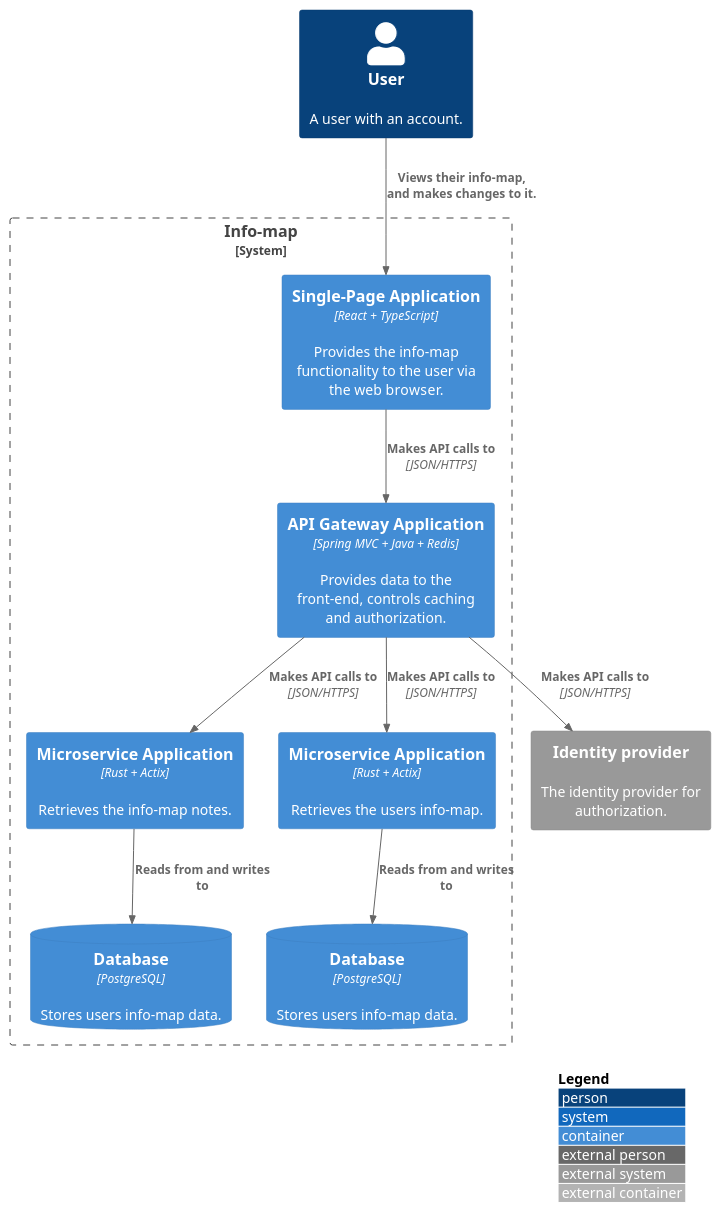
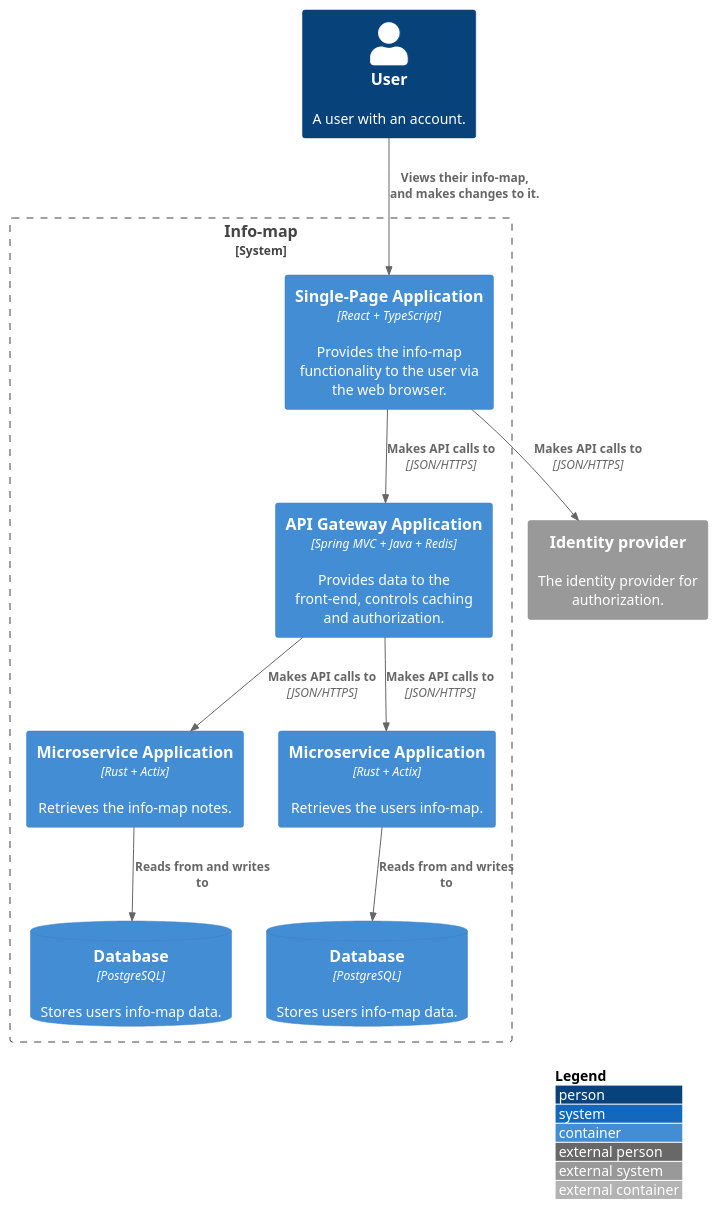
One commit to FHICT-S-Koen/info-map-docs changed the diagram in diagrams/container.puml. Above: the diagram before and after it, drawn with PlantUML.

Commit message:
Change auth relation

```diff
--- a/diagrams/container.puml
+++ b/diagrams/container.puml
@@ -1,28 +1,30 @@
 @startuml C4_Elements
 !include https://raw.githubusercontent.com/plantuml-stdlib/C4-PlantUML/master/C4_Container.puml
 
 LAYOUT_WITH_LEGEND()
 
 Person(user, "User", "A user with an account.")
 
 System_Ext(auth, "Identity provider", "The identity provider for authorization.")
 
 System_Boundary(boundry, "Info-map"){
 	Container(spa, "Single-Page Application", "React + TypeScript", "Provides the info-map functionality to the user via the web browser.")
+
 	Container(api, "API Gateway Application", "Spring MVC + Java + Redis", "Provides data to the front-end, controls caching and authorization.")
+	
 	Container(note_service, "Microservice Application", "Rust + Actix", "Retrieves the info-map notes.")
 	ContainerDb(note_db, "Database", "PostgreSQL", "Stores users info-map data.")
 	Container(map_service, "Microservice Application", "Rust + Actix", "Retrieves the users info-map.")
 	ContainerDb(map_db, "Database", "PostgreSQL", "Stores users info-map data.")
 }
 Rel(user, spa, "Views their info-map, and makes changes to it.")
 
 Rel(spa, api, "Makes API calls to", "JSON/HTTPS")
+Rel(spa, auth, "Makes API calls to", "JSON/HTTPS")
 
-Rel(api, auth, "Makes API calls to", "JSON/HTTPS")
 Rel(api, note_service, "Makes API calls to", "JSON/HTTPS")
 Rel(api, map_service, "Makes API calls to", "JSON/HTTPS")
 
 Rel(note_service, note_db, "Reads from and writes to")
 Rel(map_service, map_db, "Reads from and writes to")
 @enduml
```
